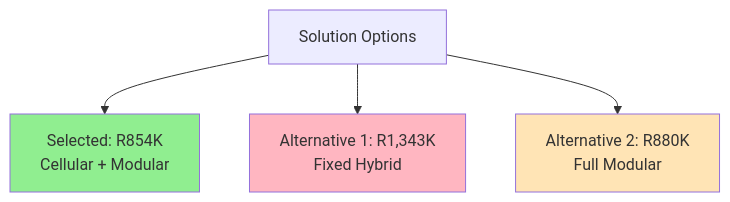
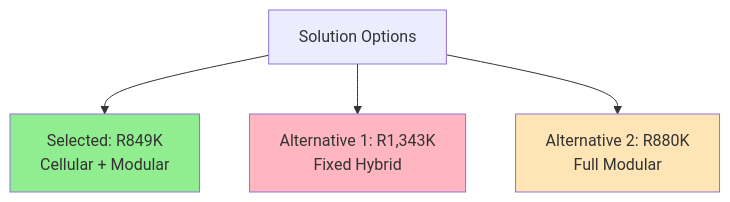
Before and after one commit to transnet-eduard-reitmann/locomotive-tracking-unit: the seventh of 9 diagrams in docs/executive-summary.md, drawn with Mermaid. The commit also changed other lines of this file and 10 other files, not shown here.

````diff
--- a/docs/executive-summary.md
+++ b/docs/executive-summary.md
@@ -201,10 +198,10 @@
 ```mermaid
 graph TD
-    A[Solution Options] --> B[Selected: R854K<br/>Cellular + Modular]
+    A[Solution Options] --> B[Selected: R849K<br/>Cellular + Modular]
     A --> C[Alternative 1: R1,343K<br/>Fixed Hybrid]
     A --> D[Alternative 2: R880K<br/>Full Modular]
     
     style B fill:#90EE90
     style C fill:#FFB6C1
     style D fill:#FFE4B5
 ```
````
